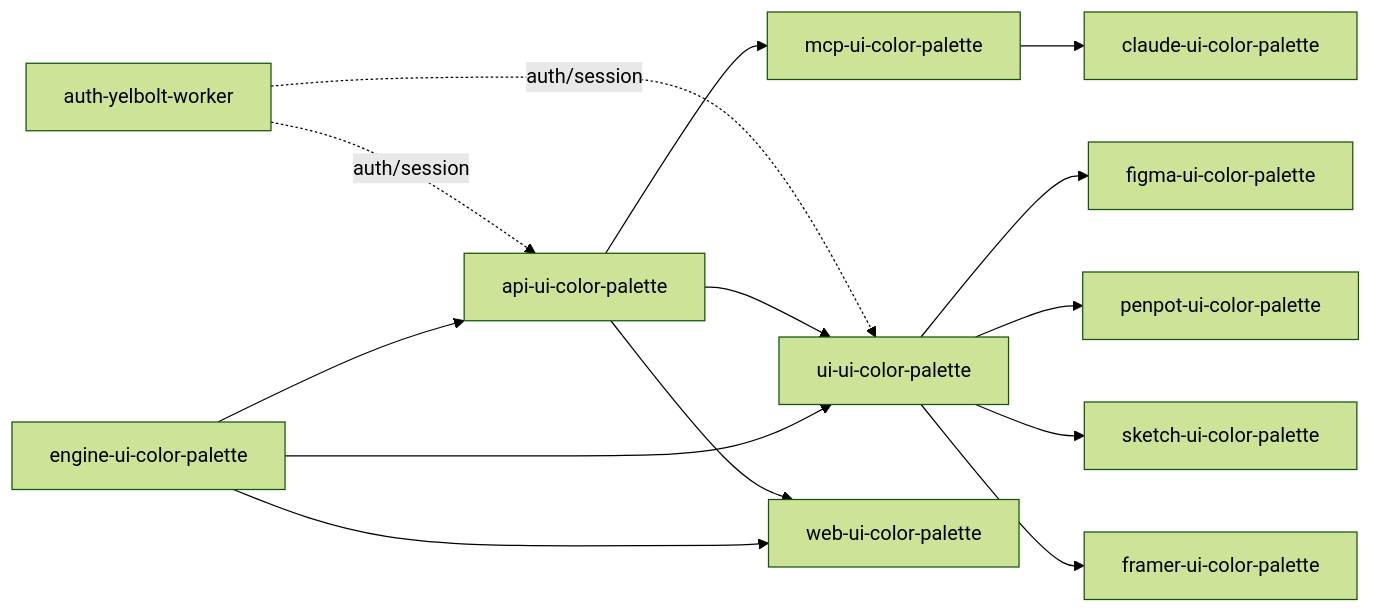
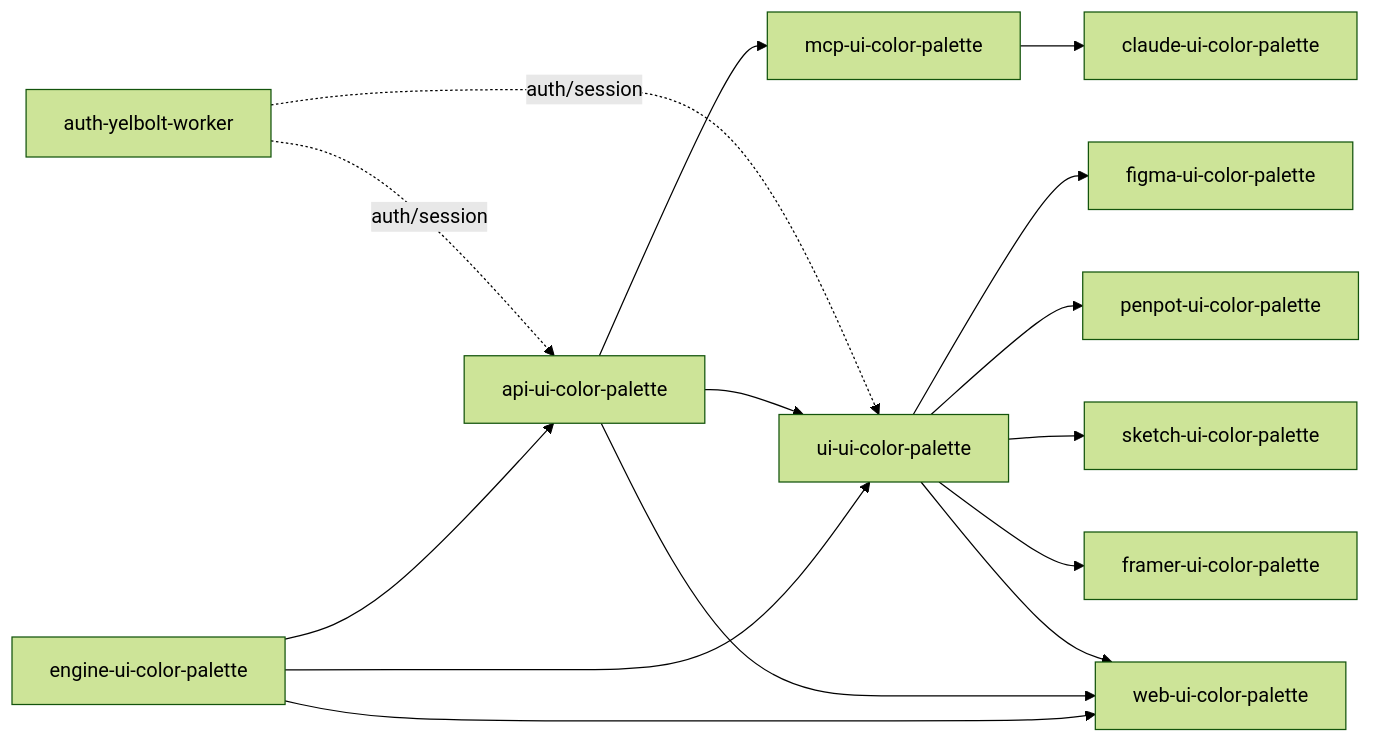
One commit to a-ng-d/specs-ui-color-palette changed the diagram in 00-overview/architecture.md. Above: the diagram before and after it, drawn with Mermaid (forest theme). The commit also changed other lines of this file and 10 other files, not shown here.

````diff
--- a/00-overview/architecture.md
+++ b/00-overview/architecture.md
@@ -34,28 +34,29 @@
 ```mermaid
 flowchart LR
   engine[engine-ui-color-palette]
   api[api-ui-color-palette]
   mcp[mcp-ui-color-palette]
   claude[claude-ui-color-palette]
   ui[ui-ui-color-palette]
   figma[figma-ui-color-palette]
   penpot[penpot-ui-color-palette]
   sketch[sketch-ui-color-palette]
   framer[framer-ui-color-palette]
   web[web-ui-color-palette]
   authw[auth-yelbolt-worker]
 
   engine --> api
   engine --> ui
   engine --> web
   api --> mcp
   api --> ui
   api --> web
   mcp --> claude
   ui --> figma
   ui --> penpot
   ui --> sketch
   ui --> framer
+  ui --> web
   authw -.auth/session.-> ui
   authw -.auth/session.-> api
 ```
````
